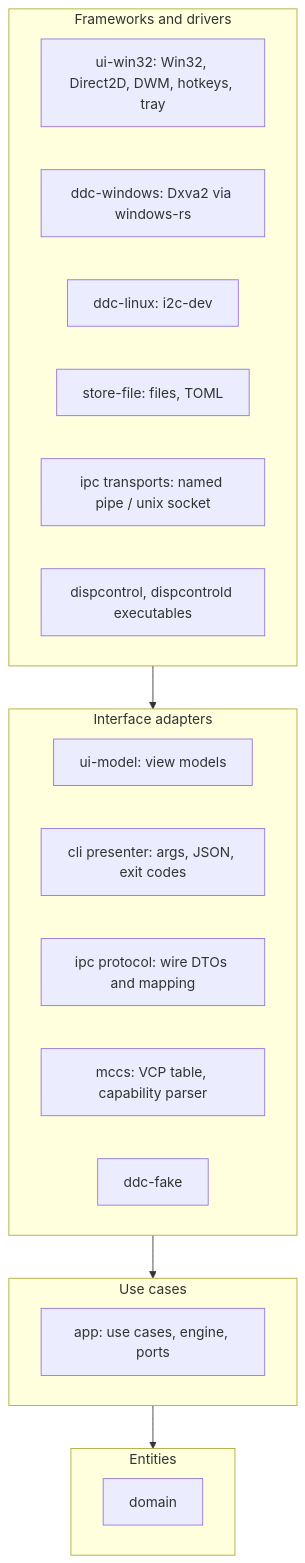
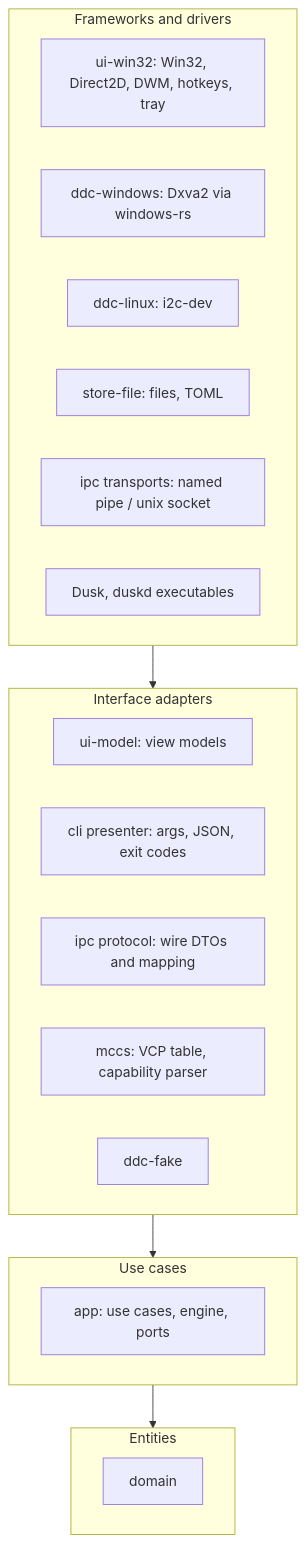
One commit to Einhorntom/Dusk changed the second of 4 diagrams in ARCH.md. Above: the diagram before and after it, drawn with Mermaid. The commit also changed other lines of this file and 85 other files, not shown here.

````diff
--- a/ARCH.md
+++ b/ARCH.md
@@ -71,25 +71,25 @@
 ```mermaid
 flowchart TB
   subgraph L4[Frameworks and drivers]
     W32[ui-win32: Win32, Direct2D, DWM, hotkeys, tray]
     DDCW[ddc-windows: Dxva2 via windows-rs]
     DDCL[ddc-linux: i2c-dev]
     FILE[store-file: files, TOML]
     PIPE[ipc transports: named pipe / unix socket]
-    BINS[dispcontrol, dispcontrold executables]
+    BINS[Dusk, duskd executables]
   end
   subgraph L3[Interface adapters]
     MODEL[ui-model: view models]
     CLIP[cli presenter: args, JSON, exit codes]
     IPCP[ipc protocol: wire DTOs and mapping]
     MCCS[mccs: VCP table, capability parser]
     FAKE[ddc-fake]
   end
   subgraph L2[Use cases]
     APP[app: use cases, engine, ports]
   end
   subgraph L1[Entities]
     DOM[domain]
   end
   L4 --> L3 --> L2 --> L1
 ```
````
